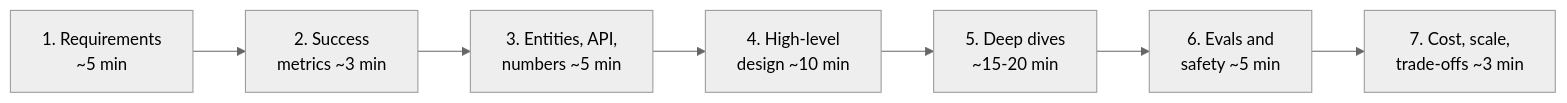
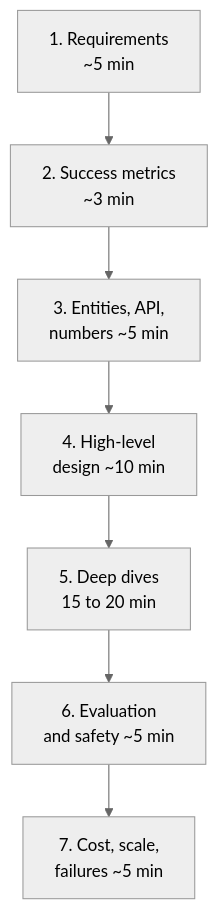
The second of 3 diagrams in src/Data/aiStackDocs/DP-00.md (shubamchaudhary/CodeNITW), drawn with Mermaid (neutral theme) before and after one commit. The commit also changed other lines of this file and 52 other files, not shown here.

````diff
--- a/src/Data/aiStackDocs/DP-00.md
+++ b/src/Data/aiStackDocs/DP-00.md
@@ -48,9 +37,9 @@
 ```mermaid
-flowchart LR
-    R["1. Requirements<br/>~5 min"] --> S["2. Success<br/>metrics ~3 min"]
-    S --> E["3. Entities, API,<br/>numbers ~5 min"]
+flowchart TB
+    R["1. Requirements<br/>~5 min"] --> M["2. Success metrics<br/>~3 min"]
+    M --> E["3. Entities, API,<br/>numbers ~5 min"]
     E --> H["4. High-level<br/>design ~10 min"]
-    H --> D["5. Deep dives<br/>~15-20 min"]
-    D --> V["6. Evals and<br/>safety ~5 min"]
-    V --> W["7. Cost, scale,<br/>trade-offs ~3 min"]
+    H --> D["5. Deep dives<br/>15 to 20 min"]
+    D --> V["6. Evaluation<br/>and safety ~5 min"]
+    V --> C["7. Cost, scale,<br/>failures ~5 min"]
 ```
````
